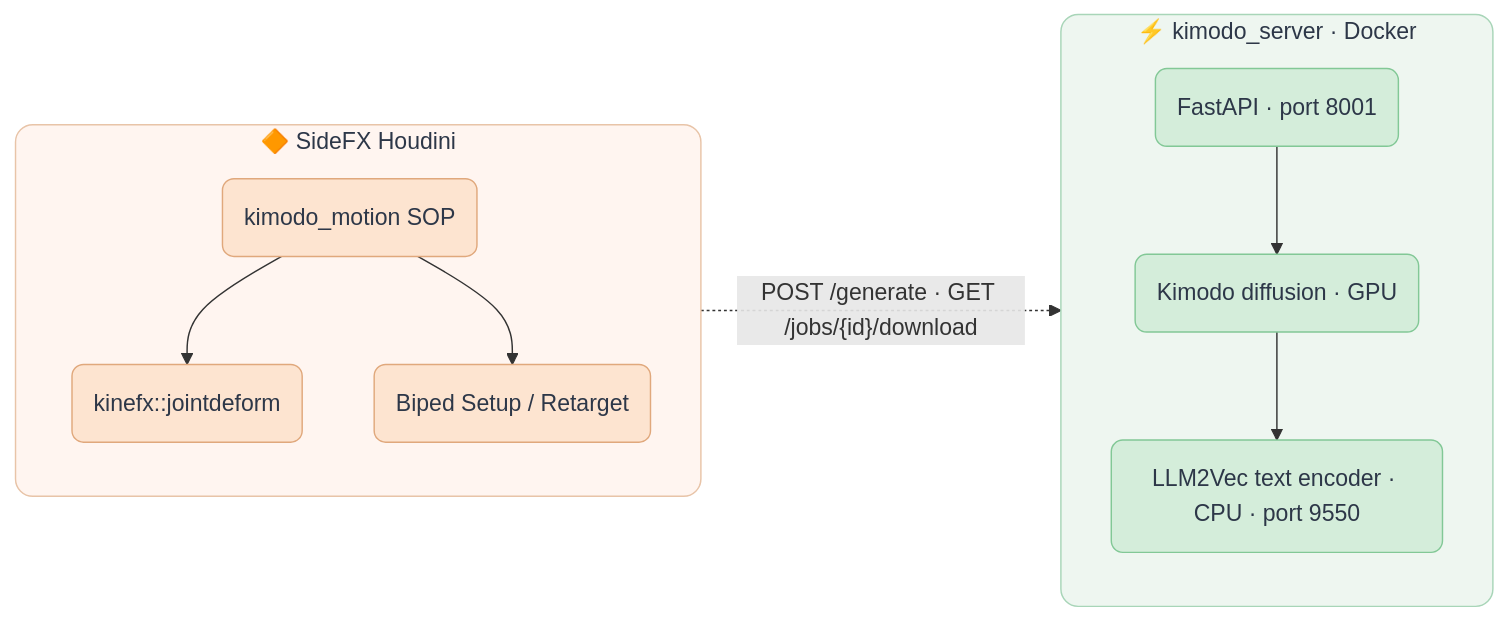
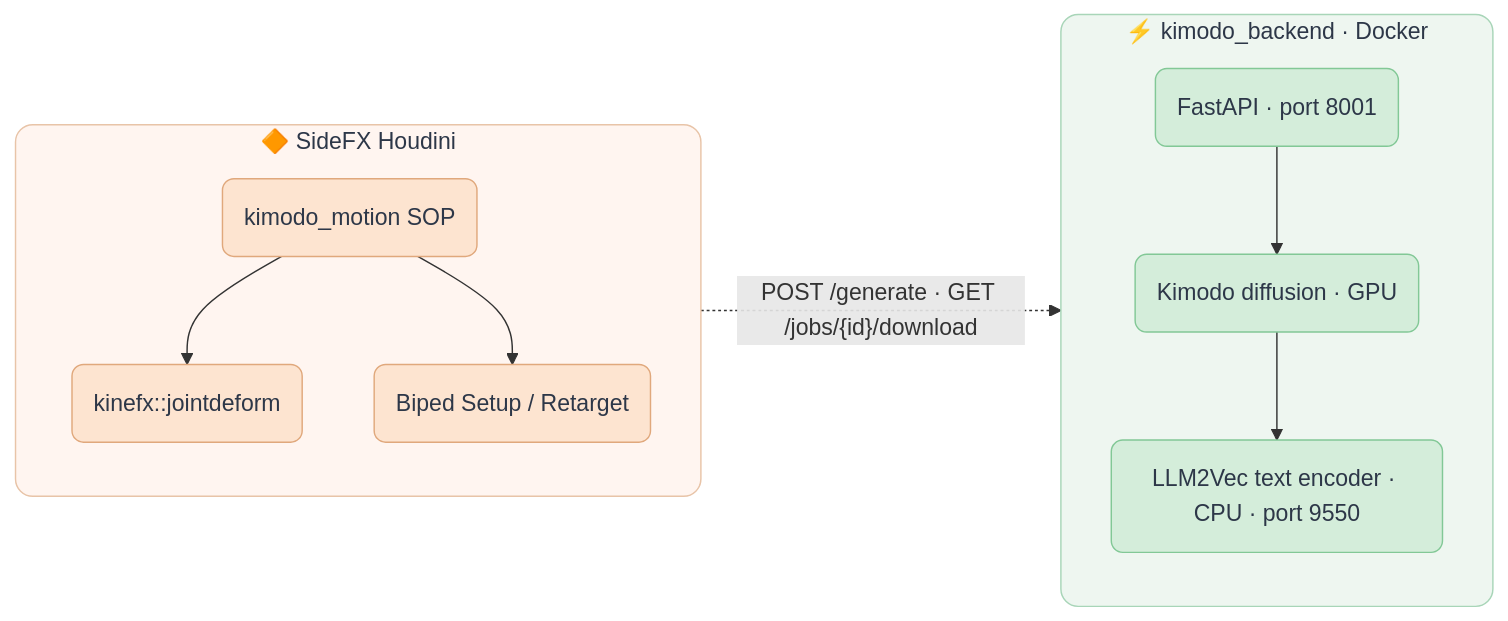
The diagram in README.md (healkeiser/fxhoudinimotion), drawn with Mermaid before and after one commit. The commit also changed other lines of this file and 12 other files, not shown here.

Commit message:
docs: move setup to FXMOTION_ROOT, the mounted server and kimodo_motion 2.0

````diff
--- a/README.md
+++ b/README.md
@@ -78,32 +78,32 @@
 ```mermaid
 flowchart LR
     subgraph Houdini[" 🔶 SideFX Houdini "]
         direction TB
         H1("kimodo_motion SOP")
         H2("kinefx::jointdeform")
         H3("Biped Setup / Retarget")
         H1 --> H2
         H1 --> H3
     end
 
-    subgraph Server[" ⚡ kimodo_server · Docker "]
+    subgraph Server[" ⚡ kimodo_backend · Docker "]
         direction TB
         S1("FastAPI · port 8001")
         S2("Kimodo diffusion · GPU")
         S3("LLM2Vec text encoder · CPU · port 9550")
         S1 --> S2
         S2 --> S3
     end
 
     H1 -. "POST /generate · GET /jobs/{id}/download" .-> S1
 
     classDef houdiniBox fill:#fff5f0,stroke:#e8c4a8,stroke-width:1px,color:#2d3748,rx:12,ry:12
     classDef serverBox fill:#eef6f0,stroke:#a8d5b8,stroke-width:1px,color:#2d3748,rx:12,ry:12
     classDef houdiniNode fill:#fde4d0,stroke:#e0a87c,stroke-width:1px,color:#2d3748,rx:8,ry:8
     classDef serverNode fill:#d4edda,stroke:#82c896,stroke-width:1px,color:#2d3748,rx:8,ry:8
 
     class Houdini houdiniBox
     class Server serverBox
     class H1,H2,H3 houdiniNode
     class S1,S2,S3 serverNode
 ```
````
